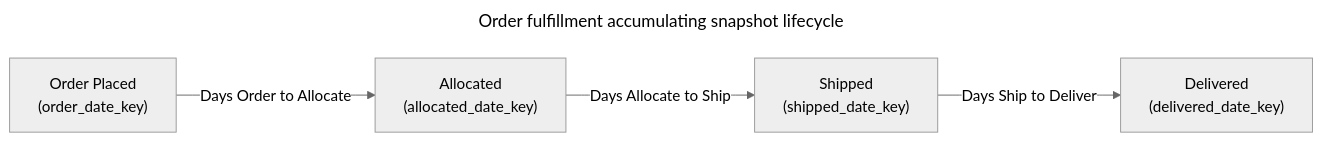
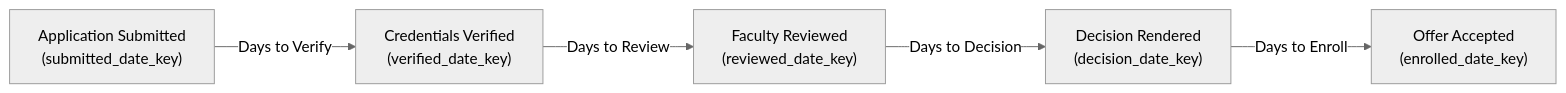
The diagram in content/modeling/fact-table-design-and-types.md (VineethChivukula/dedocs), drawn with Mermaid (neutral theme) before and after one commit. The commit also changed other lines of this file and 26 other files, not shown here.

````diff
--- a/content/modeling/fact-table-design-and-types.md
+++ b/content/modeling/fact-table-design-and-types.md
@@ -184,9 +126,7 @@
 ```mermaid
----
-title: Order fulfillment accumulating snapshot lifecycle
----
 flowchart LR
-    P1["Order Placed<br/>(order_date_key)"] -->|Days Order to Allocate| P2["Allocated<br/>(allocated_date_key)"]
-    P2 -->|Days Allocate to Ship| P3["Shipped<br/>(shipped_date_key)"]
-    P3 -->|Days Ship to Deliver| P4["Delivered<br/>(delivered_date_key)"]
+    M1["Application Submitted<br/>(submitted_date_key)"] -->|Days to Verify| M2["Credentials Verified<br/>(verified_date_key)"]
+    M2 -->|Days to Review| M3["Faculty Reviewed<br/>(reviewed_date_key)"]
+    M3 -->|Days to Decision| M4["Decision Rendered<br/>(decision_date_key)"]
+    M4 -->|Days to Enroll| M5["Offer Accepted<br/>(enrolled_date_key)"]
 ```
````
